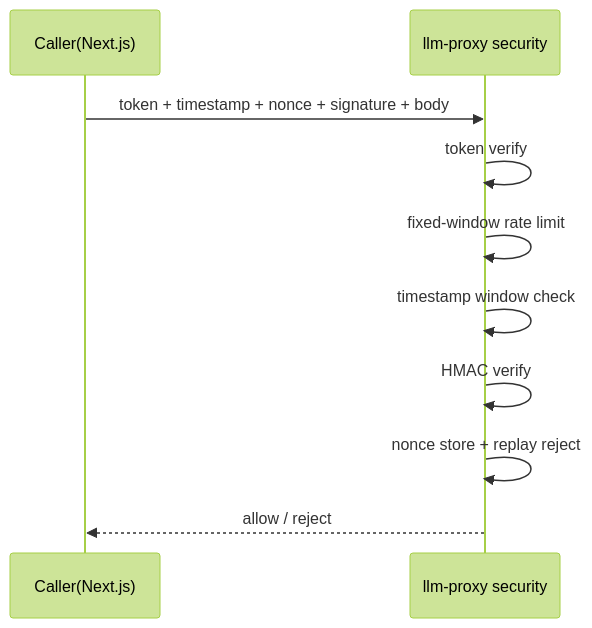
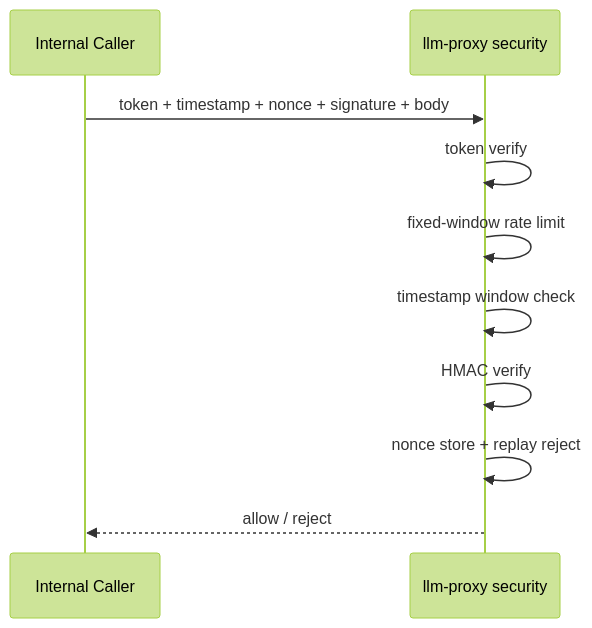
Before and after one commit to Merchantlee99/Personal-AI-agent-v2: the second of 2 diagrams in docs/SECURITY_BASELINE.md, drawn with Mermaid (forest theme). The commit also changed other lines of this file and 136 other files, not shown here.

````diff
--- a/docs/SECURITY_BASELINE.md
+++ b/docs/SECURITY_BASELINE.md
@@ -48,13 +45,13 @@
 ```mermaid
 sequenceDiagram
-  participant C as Caller(Next.js)
+  participant C as Internal Caller
   participant P as llm-proxy security
 
   C->>P: token + timestamp + nonce + signature + body
   P->>P: token verify
   P->>P: fixed-window rate limit
   P->>P: timestamp window check
   P->>P: HMAC verify
   P->>P: nonce store + replay reject
   P-->>C: allow / reject
 ```
````
